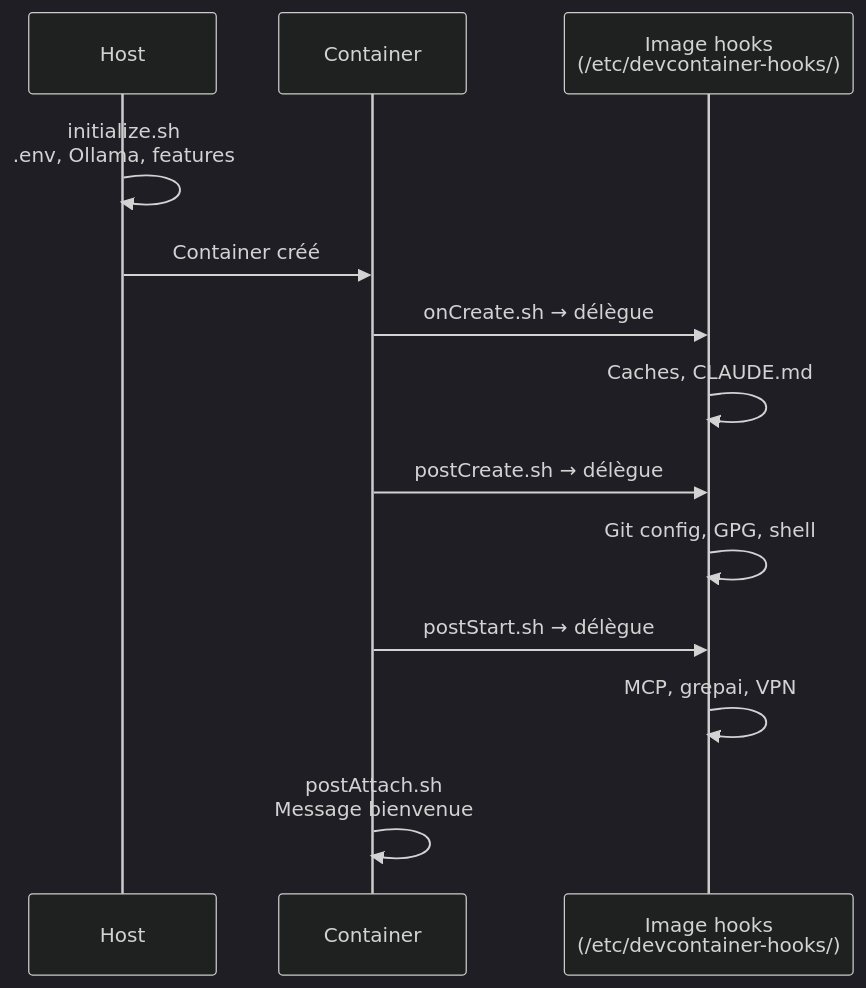
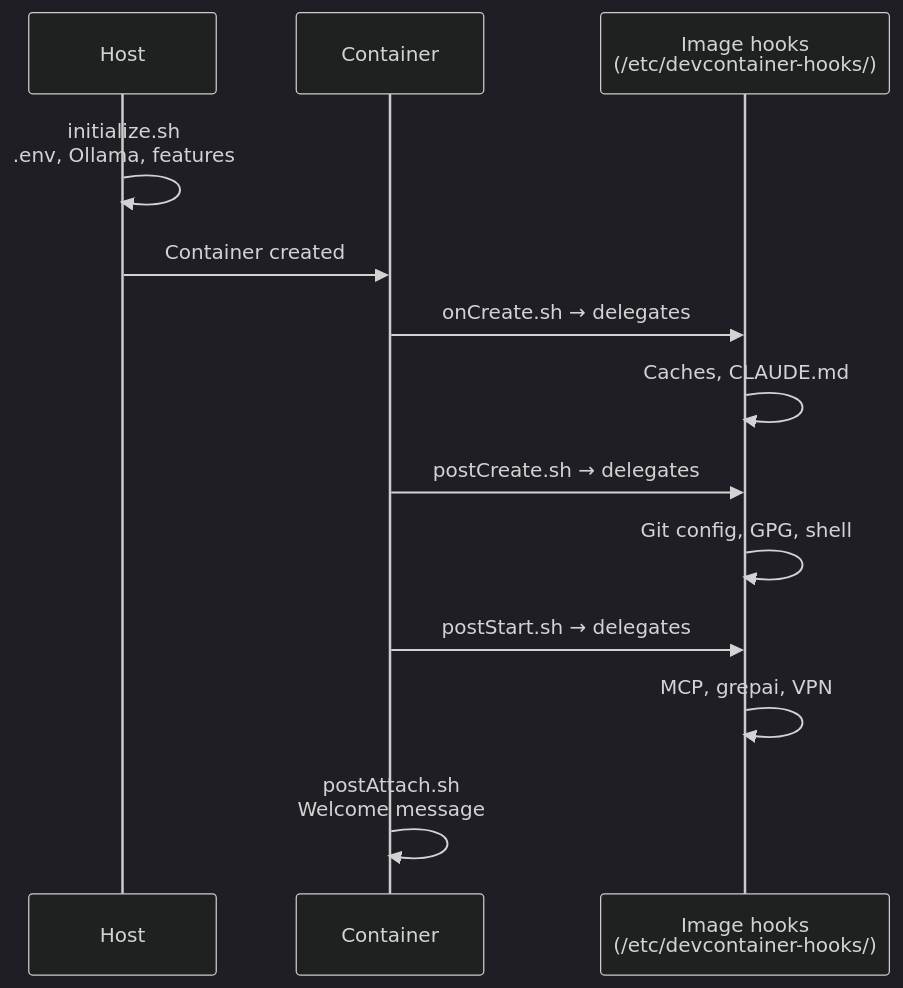
One commit to kodflow/devcontainer-template changed the diagram in docs/automation/README.md. Above: the diagram before and after it, drawn with Mermaid. The commit also changed other lines of this file and 60 other files, not shown here.

````diff
--- a/docs/automation/README.md
+++ b/docs/automation/README.md
@@ -46,23 +46,23 @@
 ```mermaid
 %%{init: {'theme': 'dark', 'themeVariables': {
   'primaryColor': '#9D76FB1a',
   'primaryBorderColor': '#9D76FB',
   'primaryTextColor': '#d4d8e0',
   'lineColor': '#d4d8e0',
   'textColor': '#d4d8e0'
 }}}%%
 sequenceDiagram
     participant H as Host
     participant C as Container
     participant I as Image hooks<br/>(/etc/devcontainer-hooks/)
 
     H->>H: initialize.sh<br/>.env, Ollama, features
-    H->>C: Container créé
-    C->>I: onCreate.sh → délègue
+    H->>C: Container created
+    C->>I: onCreate.sh → delegates
     I->>I: Caches, CLAUDE.md
-    C->>I: postCreate.sh → délègue
+    C->>I: postCreate.sh → delegates
     I->>I: Git config, GPG, shell
-    C->>I: postStart.sh → délègue
+    C->>I: postStart.sh → delegates
     I->>I: MCP, grepai, VPN
-    C->>C: postAttach.sh<br/>Message bienvenue
+    C->>C: postAttach.sh<br/>Welcome message
 ```
````
